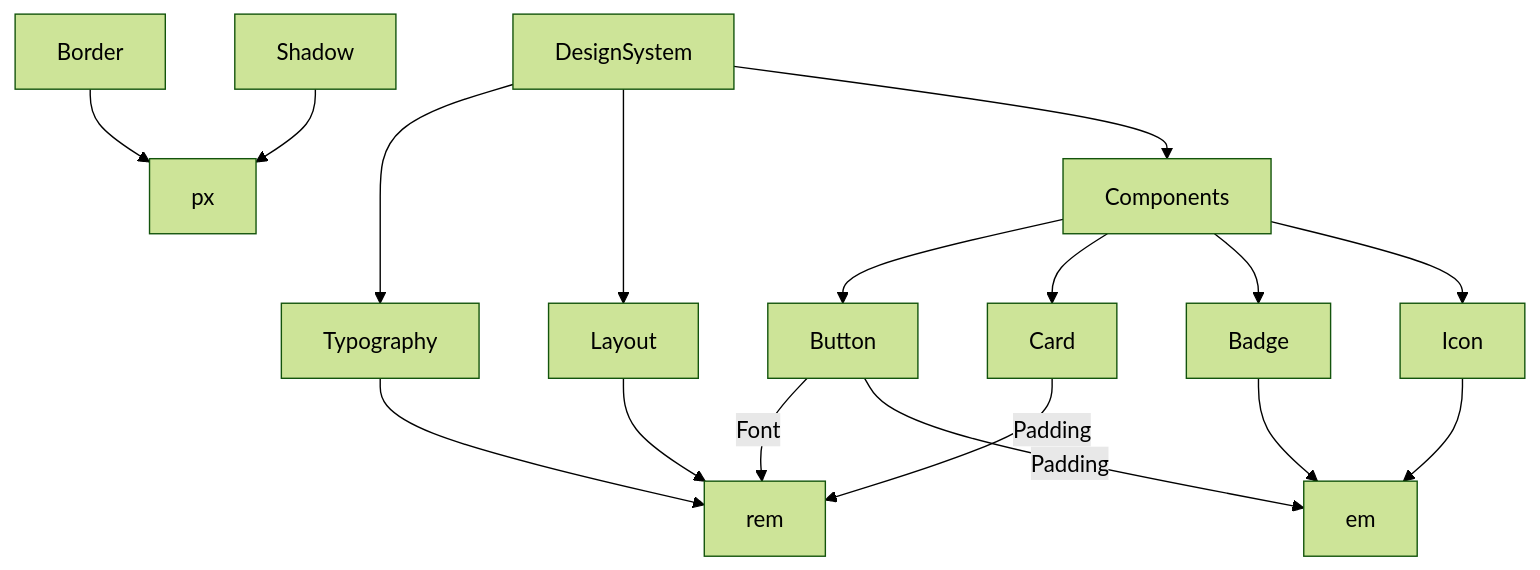
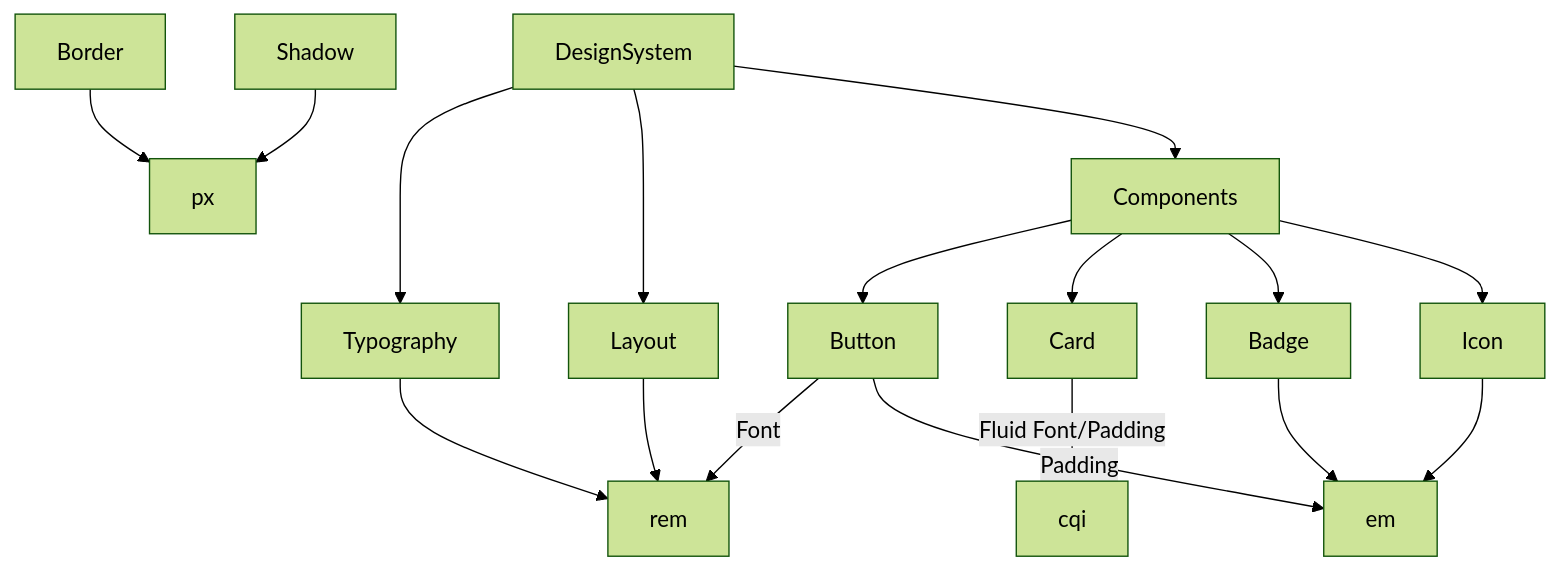
The ninth of 10 diagrams in cheatsheets/cssUnits.md (kumaratul60/System-Design), drawn with Mermaid (forest theme) before and after one commit. The commit also changed other lines of this file and 1 other file, not shown here.

````diff
--- a/cheatsheets/cssUnits.md
+++ b/cheatsheets/cssUnits.md
@@ -1323,22 +1617,22 @@
    ```mermaid
    flowchart TD
      DesignSystem --> Typography
      DesignSystem --> Layout
      DesignSystem --> Components
 
      Typography --> rem
      Layout --> rem
 
      Components --> Button
      Components --> Card
      Components --> Badge
      Components --> Icon
 
      Button -->|Font| rem
      Button -->|Padding| em
-     Card -->|Padding| rem
+     Card -->|Fluid Font/Padding| cqi
      Badge --> em
      Icon --> em
      Border --> px
      Shadow --> px
    ```
````
